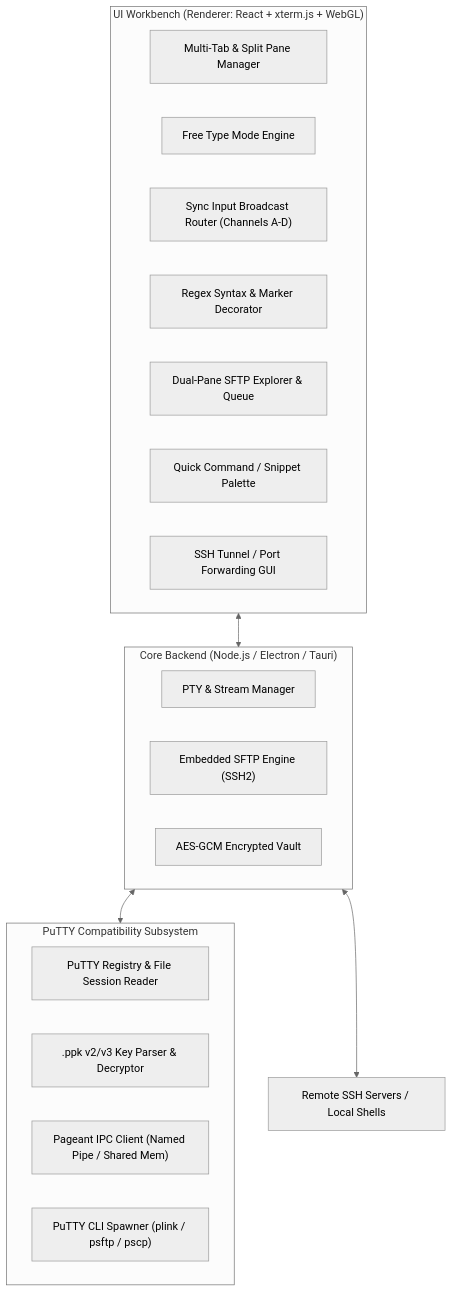
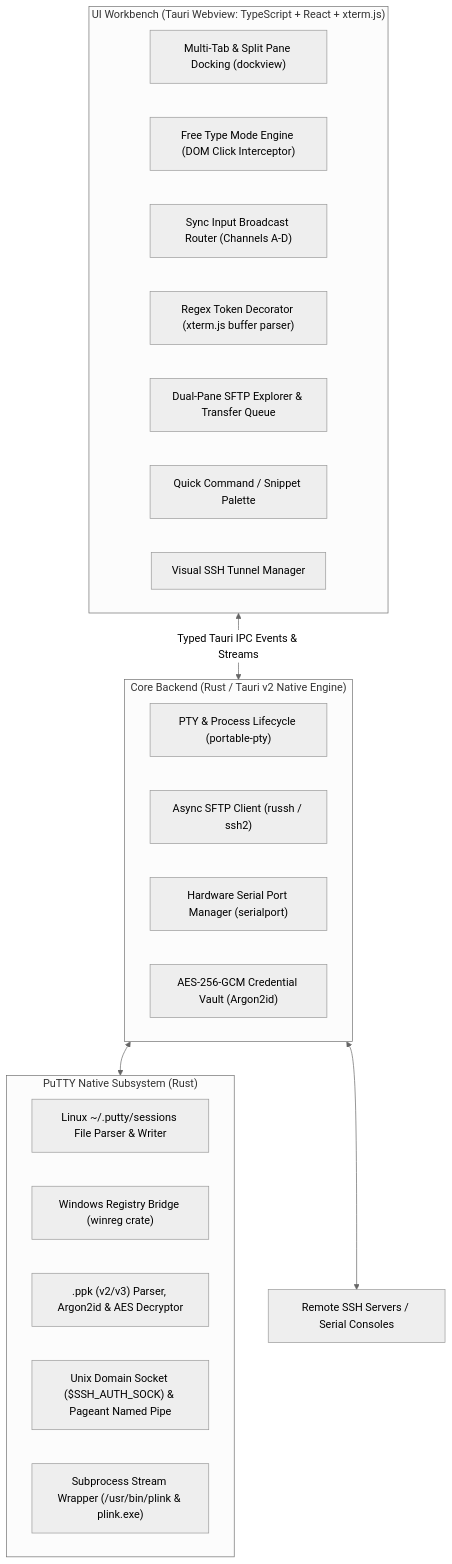
One commit to ArisAlt/Plinky changed the diagram in README.md. Above: the diagram before and after it, drawn with Mermaid (neutral theme). The commit also changed other lines of this file and 4 other files, not shown here.

Commit message:
docs: formalize Rust + Tauri v2 architecture across specifications

````diff
--- a/README.md
+++ b/README.md
@@ -59,29 +59,31 @@
 ```mermaid
 flowchart TD
-    subgraph UI_Workbench ["UI Workbench (Renderer: React + xterm.js + WebGL)"]
-        TabManager["Multi-Tab & Split Pane Manager"]
-        FreeType["Free Type Mode Engine"]
+    subgraph UI_Workbench ["UI Workbench (Tauri Webview: TypeScript + React + xterm.js)"]
+        Docking["Multi-Tab & Split Pane Docking (dockview)"]
+        FreeType["Free Type Mode Engine (DOM Click Interceptor)"]
         SyncManager["Sync Input Broadcast Router (Channels A-D)"]
-        RegexEngine["Regex Syntax & Marker Decorator"]
-        SFTPPane["Dual-Pane SFTP Explorer & Queue"]
+        RegexEngine["Regex Token Decorator (xterm.js buffer parser)"]
+        SFTPPane["Dual-Pane SFTP Explorer & Transfer Queue"]
         SnippetBar["Quick Command / Snippet Palette"]
-        TunnelGUI["SSH Tunnel / Port Forwarding GUI"]
+        TunnelGUI["Visual SSH Tunnel Manager"]
     end
 
-    subgraph Core_Backend ["Core Backend (Node.js / Electron / Tauri)"]
-        PTYMgr["PTY & Stream Manager"]
-        SFTPClient["Embedded SFTP Engine (SSH2)"]
-        MasterVault["AES-GCM Encrypted Vault"]
+    subgraph Rust_Backend ["Core Backend (Rust / Tauri v2 Native Engine)"]
+        PTYMgr["PTY & Process Lifecycle (portable-pty)"]
+        SFTPClient["Async SFTP Client (russh / ssh2)"]
+        SerialEngine["Hardware Serial Port Manager (serialport)"]
+        MasterVault["AES-256-GCM Credential Vault (Argon2id)"]
     end
 
-    subgraph PuTTY_Subsystem ["PuTTY Compatibility Subsystem"]
-        RegBridge["PuTTY Registry & File Session Reader"]
-        PPKEngine[".ppk v2/v3 Key Parser & Decryptor"]
-        PageantIPC["Pageant IPC Client (Named Pipe / Shared Mem)"]
-        PlinkRunner["PuTTY CLI Spawner (plink / psftp / pscp)"]
+    subgraph PuTTY_Subsystem ["PuTTY Native Subsystem (Rust)"]
+        LinuxReg["Linux ~/.putty/sessions File Parser & Writer"]
+        WinReg["Windows Registry Bridge (winreg crate)"]
+        PPKEngine[".ppk (v2/v3) Parser, Argon2id & AES Decryptor"]
+        AgentBridge["Unix Domain Socket ($SSH_AUTH_SOCK) & Pageant Named Pipe"]
+        PlinkRunner["Subprocess Stream Wrapper (/usr/bin/plink & plink.exe)"]
     end
 
-    UI_Workbench <--> Core_Backend
-    Core_Backend <--> PuTTY_Subsystem
-    Core_Backend <--> RemoteServers["Remote SSH Servers / Local Shells"]
+    UI_Workbench <-->|Typed Tauri IPC Events & Streams| Rust_Backend
+    Rust_Backend <--> PuTTY_Subsystem
+    Rust_Backend <--> RemoteServers["Remote SSH Servers / Serial Consoles"]
 ```
````
